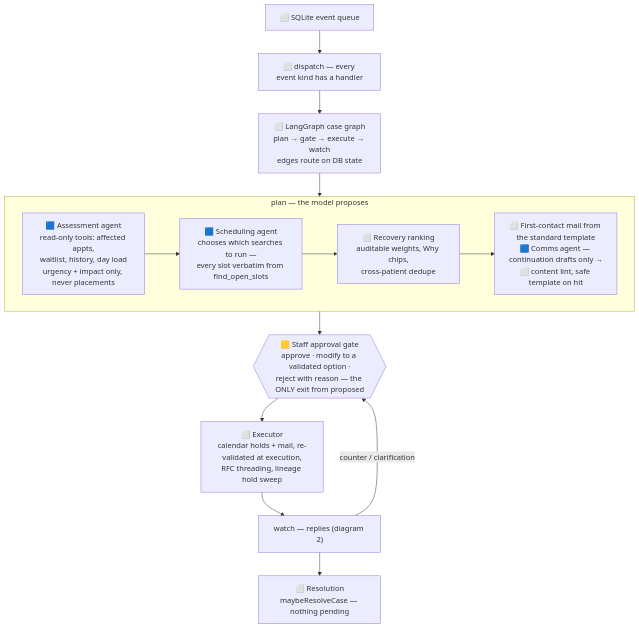
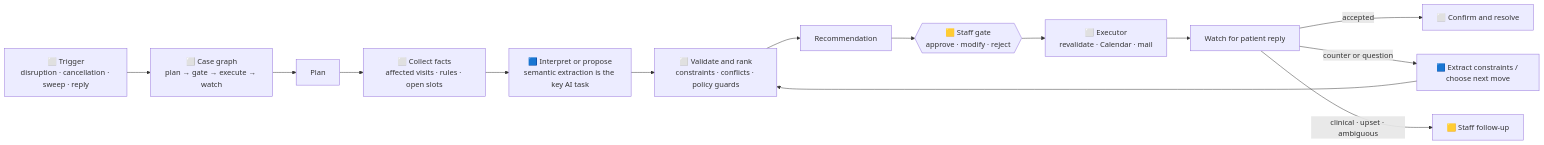
Before and after one commit to haniellejermayn/schedicare: the first of 2 diagrams in docs/AGENTIC_WORKFLOW.md, drawn with Mermaid. The commit also changed other lines of this file and 1 other file, not shown here.

````diff
--- a/docs/AGENTIC_WORKFLOW.md
+++ b/docs/AGENTIC_WORKFLOW.md
@@ -18,20 +12,18 @@
 ```mermaid
-flowchart TD
-  EV["⬜ SQLite event queue"] --> DI["⬜ dispatch — every event kind has a handler"]
-  DI --> CG["⬜ LangGraph case graph<br/>plan → gate → execute → watch<br/>edges route on DB state"]
+flowchart LR
+  E["⬜ Trigger<br/>disruption · cancellation · sweep · reply"] --> G["⬜ Case graph<br/>plan → gate → execute → watch"]
 
-  subgraph PLAN["plan — the model proposes"]
-    AS["🟦 Assessment agent<br/>read-only tools: affected appts,<br/>waitlist, history, day load<br/>urgency + impact only, never placements"]
-    SC["🟦 Scheduling agent<br/>chooses which searches to run —<br/>every slot verbatim from find_open_slots"]
-    RK["⬜ Recovery ranking<br/>auditable weights, Why chips,<br/>cross-patient dedupe"]
-    CM["⬜ First-contact mail from the standard template<br/>🟦 Comms agent — continuation drafts only →<br/>⬜ content lint, safe template on hit"]
-    AS --> SC --> RK --> CM
-  end
+  G --> P["Plan"]
+  P --> F["⬜ Collect facts<br/>affected visits · rules · open slots"]
+  F --> J["🟦 Interpret or propose<br/>semantic extraction is the key AI task"]
+  J --> V["⬜ Validate and rank<br/>constraints · conflicts · policy guards"]
+  V --> R["Recommendation"]
 
-  CG --> PLAN
-  PLAN --> GATE{{"🟨 Staff approval gate<br/>approve · modify to a validated option ·<br/>reject with reason — the ONLY exit from proposed"}}
-  GATE --> EX["⬜ Executor<br/>calendar holds + mail, re-validated at execution,<br/>RFC threading, lineage hold sweep"]
-  EX --> WATCH["watch — replies (diagram 2)"]
-  WATCH -->|"counter / clarification"| GATE
-  WATCH --> RES["⬜ Resolution<br/>maybeResolveCase — nothing pending"]
+  R --> H{{"🟨 Staff gate<br/>approve · modify · reject"}}
+  H --> X["⬜ Executor<br/>revalidate · Calendar · mail"]
+  X --> W["Watch for patient reply"]
+  W -->|"accepted"| D["⬜ Confirm and resolve"]
+  W -->|"counter or question"| Q["🟦 Extract constraints / choose next move"]
+  Q --> V
+  W -->|"clinical · upset · ambiguous"| S["🟨 Staff follow-up"]
 ```
````
